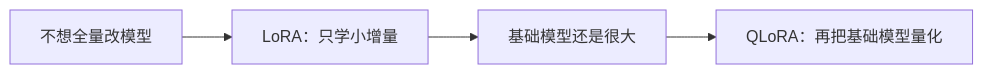
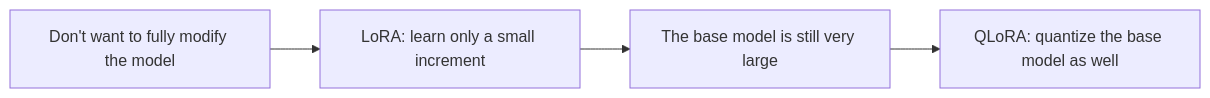
The diagram in docs/ch07-llm-principles/ch06-finetuning/02-lora-qlora.md (oudbiao/AI-fullstack-course), drawn with Mermaid before and after one commit. The commit also changed other lines of this file and 1406 other files, not shown here.

````diff
--- a/docs/ch07-llm-principles/ch06-finetuning/02-lora-qlora.md
+++ b/docs/ch07-llm-principles/ch06-finetuning/02-lora-qlora.md
@@ -34,6 +34,6 @@
 ```mermaid
 flowchart LR
-    A["不想全量改模型"] --> B["LoRA：只学小增量"]
-    B --> C["基础模型还是很大"]
-    C --> D["QLoRA：再把基础模型量化"]
+    A["Don't want to fully modify the model"] --> B["LoRA: learn only a small increment"]
+    B --> C["The base model is still very large"]
+    C --> D["QLoRA: quantize the base model as well"]
 ```
````
